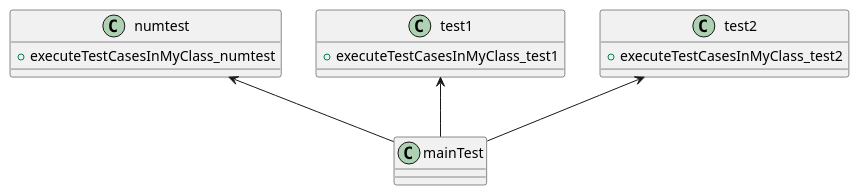
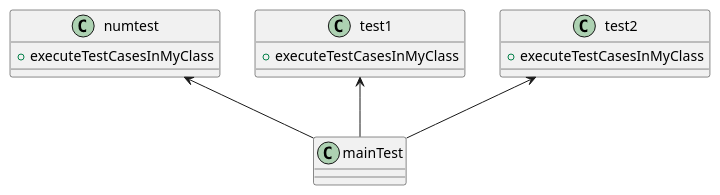
The diagram in DoingList.md (terapotan/NLUnit), drawn with PlantUML before and after one commit. The commit also changed other lines of this file and 5 other files, not shown here.

````diff
--- a/DoingList.md
+++ b/DoingList.md
@@ -13,18 +16,18 @@
 ```plantuml
 class mainTest{
 
 }
 class numtest{
-    + executeTestCasesInMyClass_numtest
+    + executeTestCasesInMyClass
 }
 class test1{
-    + executeTestCasesInMyClass_test1
+    + executeTestCasesInMyClass
 }
 class test2{
-    + executeTestCasesInMyClass_test2
+    + executeTestCasesInMyClass
 }
 
 numtest <-- mainTest
 test1 <-- mainTest
 test2 <-- mainTest
 ```
````
